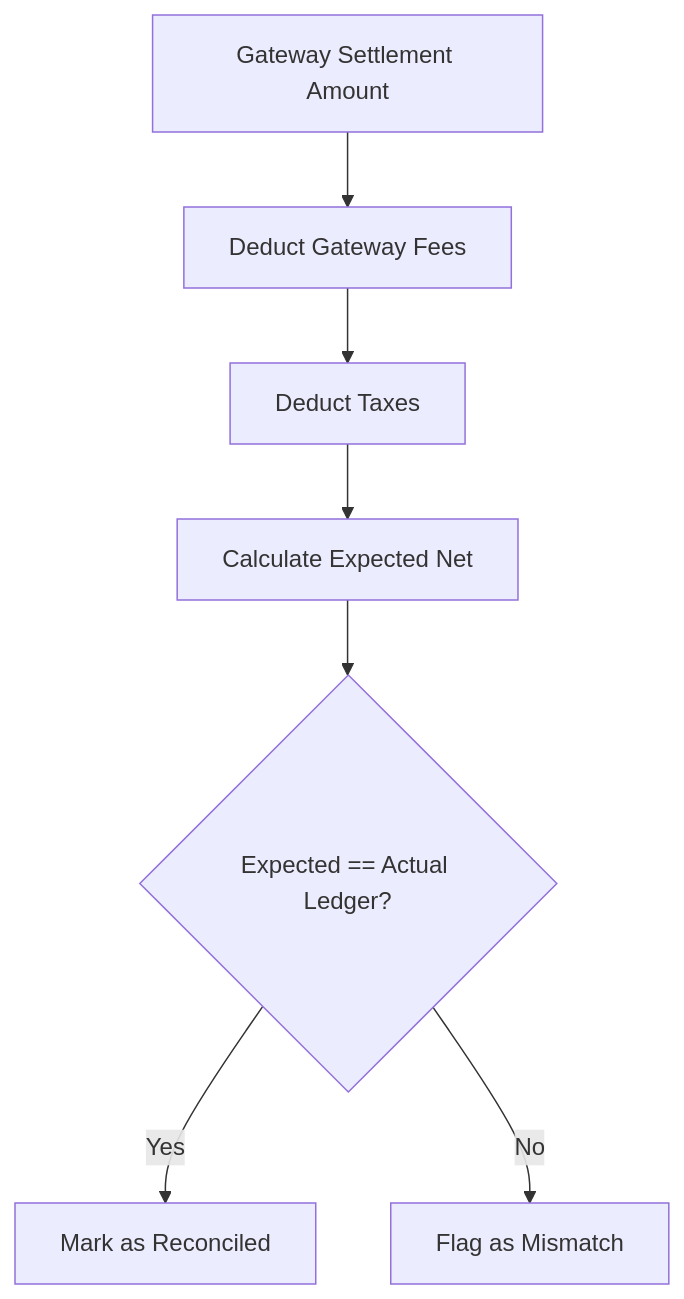
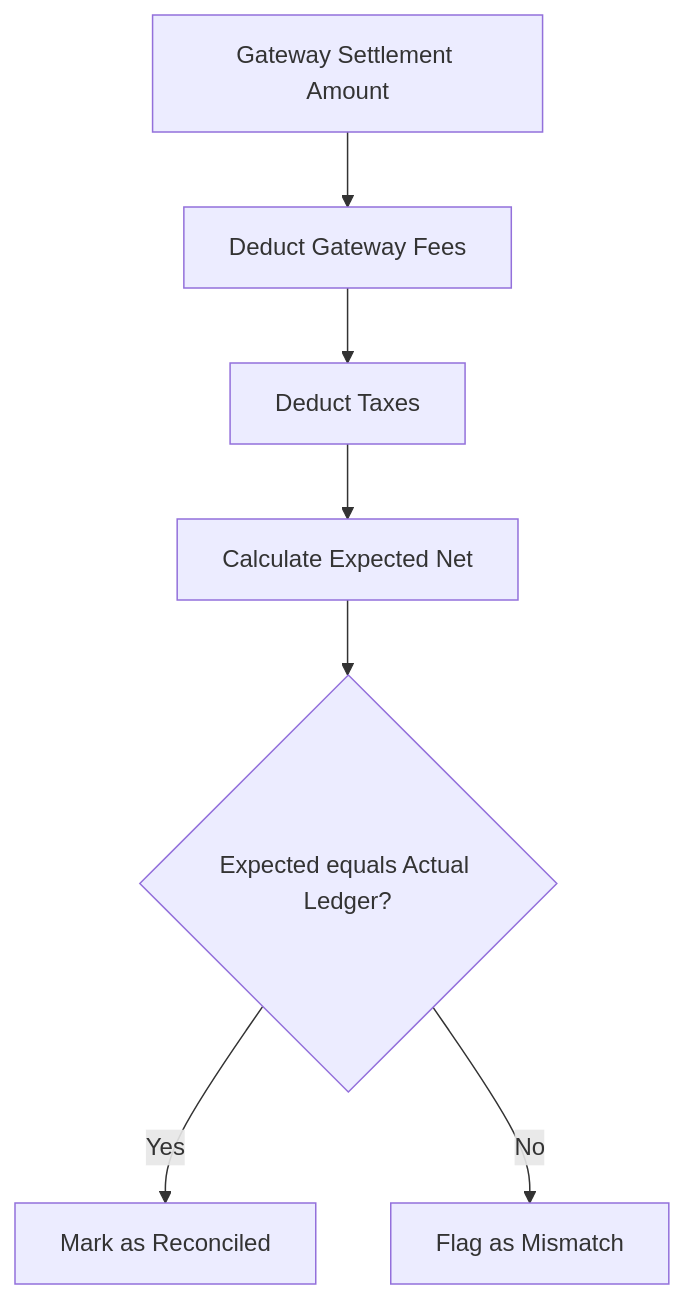
The third of 4 diagrams in README.md (riti2043/AI_settlement_auditor), drawn with Mermaid before and after one commit. The commit also changed other lines of this file, not shown here.

````diff
--- a/README.md
+++ b/README.md
@@ -131,9 +149,9 @@
 ```mermaid
 flowchart TD
     A[Gateway Settlement Amount] --> B[Deduct Gateway Fees]
     B --> C[Deduct Taxes]
     C --> D[Calculate Expected Net]
-    D --> E{Expected == Actual Ledger?}
+    D --> E{Expected equals Actual Ledger?}
     E -->|Yes| F[Mark as Reconciled]
     E -->|No| G[Flag as Mismatch]
 ```
````
